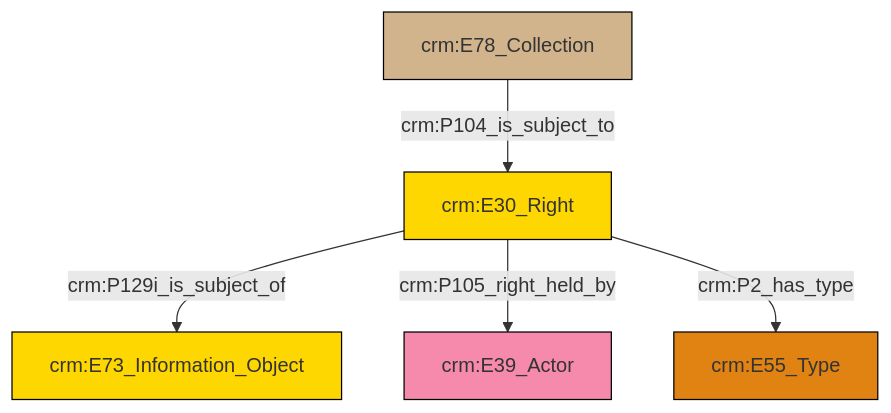
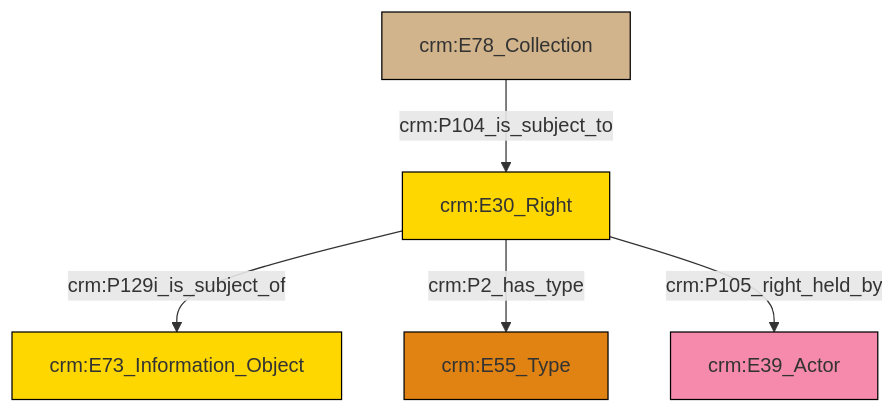
The diagram in et/archivalCSV/ttl/mmd/archival_rights.ttl.mmd (swiss-art-research-net/docs.swissartresearch), drawn with Mermaid before and after one commit. The commit also changed 173 other files, not shown here.

```diff
--- a/et/archivalCSV/ttl/mmd/archival_rights.ttl.mmd
+++ b/et/archivalCSV/ttl/mmd/archival_rights.ttl.mmd
@@ -1,19 +1,19 @@
 graph TD
 classDef Literal fill:#f2f2f2,stroke:#000000;
 classDef CRM_Entity fill:#FFFFFF,stroke:#000000;
 classDef Temporal_Entity fill:#00C9E6, stroke:#000000;
 classDef Type fill:#E18312, stroke:#000000;
 classDef Time-Span fill:#2C9C91, stroke:#000000;
 classDef Appellation fill:#FFEB7F, stroke:#000000;
 classDef Place fill:#008836, stroke:#000000;
 classDef Persistent_Item fill:#B266B2, stroke:#000000;
 classDef Conceptual_Object fill:#FFD700, stroke:#000000;
 classDef Physical_Thing fill:#D2B48C, stroke:#000000;
 classDef Actor fill:#f58aad, stroke:#000000;
 classDef PC_Classes fill:#4ce600, stroke:#000000;
 classDef Multi fill:#cccccc,stroke:#000000;
 
-6["crm:E30_Right"]:::Conceptual_Object -->|crm:P129i_is_subject_of| 0["crm:E73_Information_Object"]:::Conceptual_Object
-7["crm:E78_Collection"]:::Physical_Thing -->|crm:P104_is_subject_to| 6["crm:E30_Right"]:::Conceptual_Object
-6["crm:E30_Right"]:::Conceptual_Object -->|crm:P105_right_held_by| 2["crm:E39_Actor"]:::Actor
-6["crm:E30_Right"]:::Conceptual_Object -->|crm:P2_has_type| 4["crm:E55_Type"]:::Type
+0["crm:E30_Right"]:::Conceptual_Object -->|crm:P129i_is_subject_of| 1["crm:E73_Information_Object"]:::Conceptual_Object
+3["crm:E78_Collection"]:::Physical_Thing -->|crm:P104_is_subject_to| 0["crm:E30_Right"]:::Conceptual_Object
+0["crm:E30_Right"]:::Conceptual_Object -->|crm:P2_has_type| 7["crm:E55_Type"]:::Type
+0["crm:E30_Right"]:::Conceptual_Object -->|crm:P105_right_held_by| 5["crm:E39_Actor"]:::Actor
```
